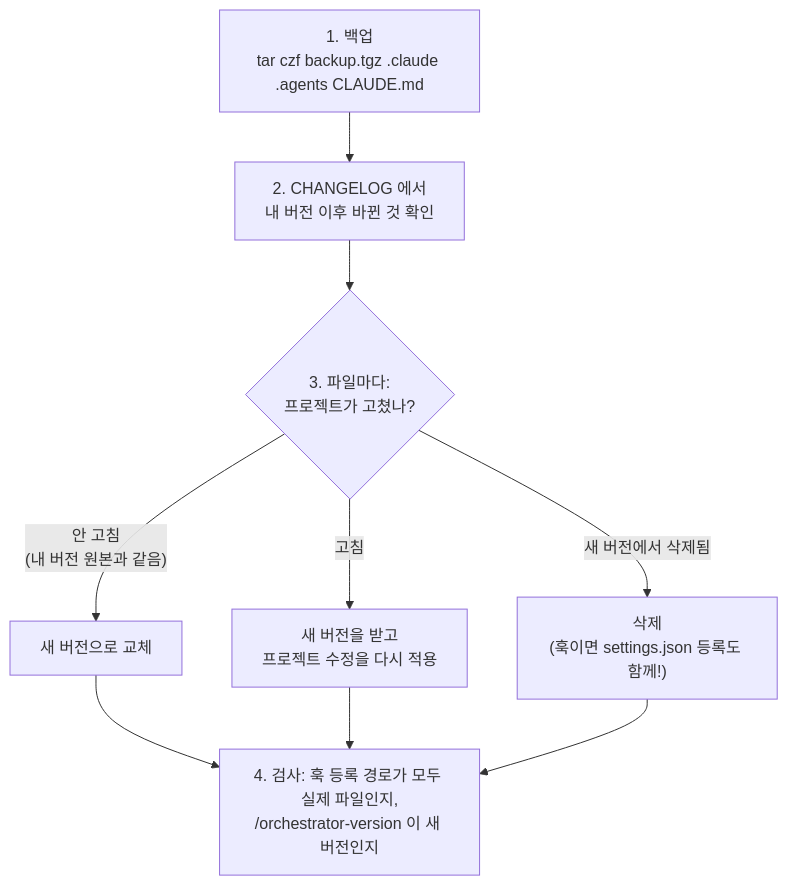
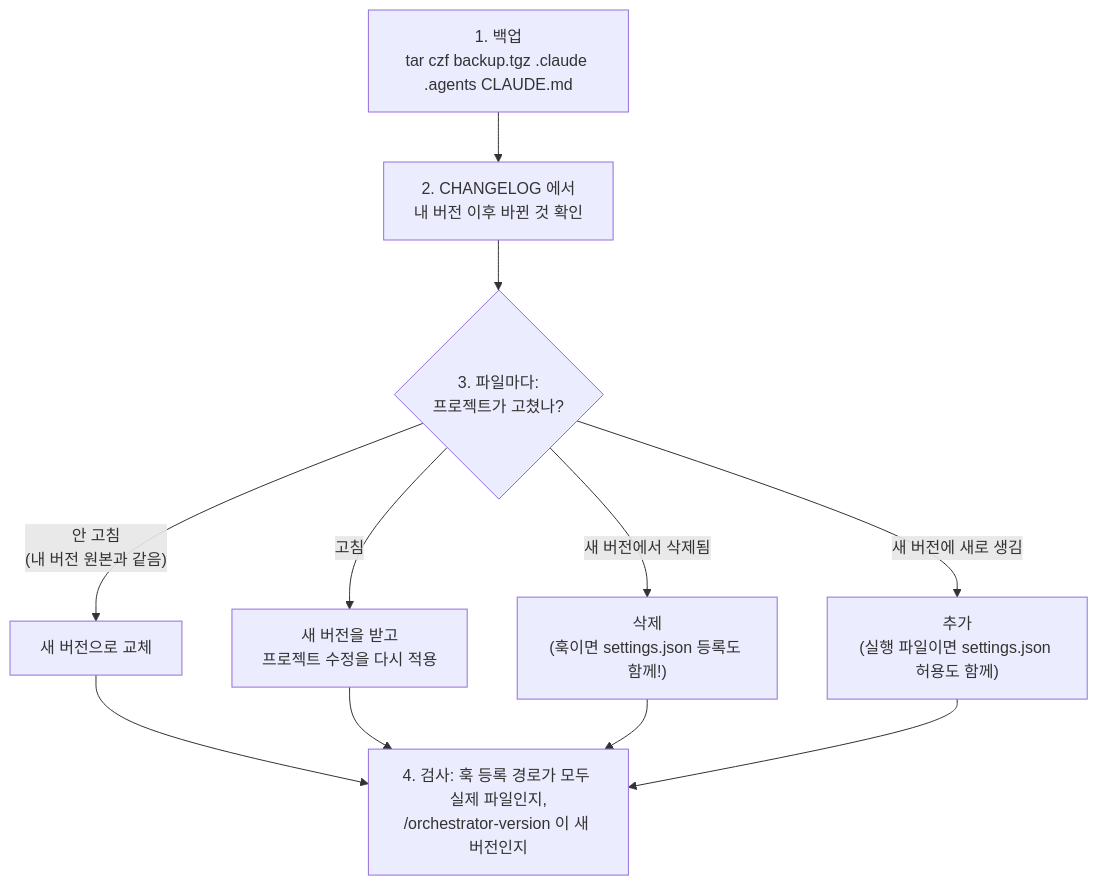
One commit to GunwooYun/claude-code-orchestrator changed the sixth of 6 diagrams in README.md. Above: the diagram before and after it, drawn with Mermaid. The commit also changed other lines of this file and 7 other files, not shown here.

````diff
--- a/README.md
+++ b/README.md
@@ -499,11 +499,13 @@
 ```mermaid
 flowchart TD
     A["1. 백업<br/>tar czf backup.tgz .claude .agents CLAUDE.md"] --> B["2. CHANGELOG 에서<br/>내 버전 이후 바뀐 것 확인"]
     B --> C{"3. 파일마다:<br/>프로젝트가 고쳤나?"}
     C -- "안 고침<br/>(내 버전 원본과 같음)" --> D["새 버전으로 교체"]
     C -- "고침" --> E["새 버전을 받고<br/>프로젝트 수정을 다시 적용"]
     C -- "새 버전에서 삭제됨" --> F["삭제<br/>(훅이면 settings.json 등록도 함께!)"]
+    C -- "새 버전에 새로 생김" --> H["추가<br/>(실행 파일이면 settings.json 허용도 함께)"]
     D --> G["4. 검사: 훅 등록 경로가 모두 실제 파일인지,<br/>/orchestrator-version 이 새 버전인지"]
     E --> G
     F --> G
+    H --> G
 ```
````
